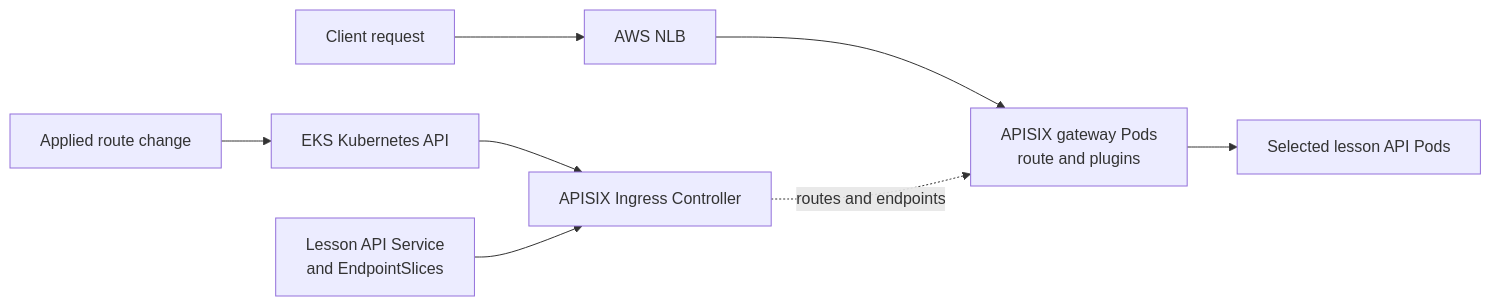
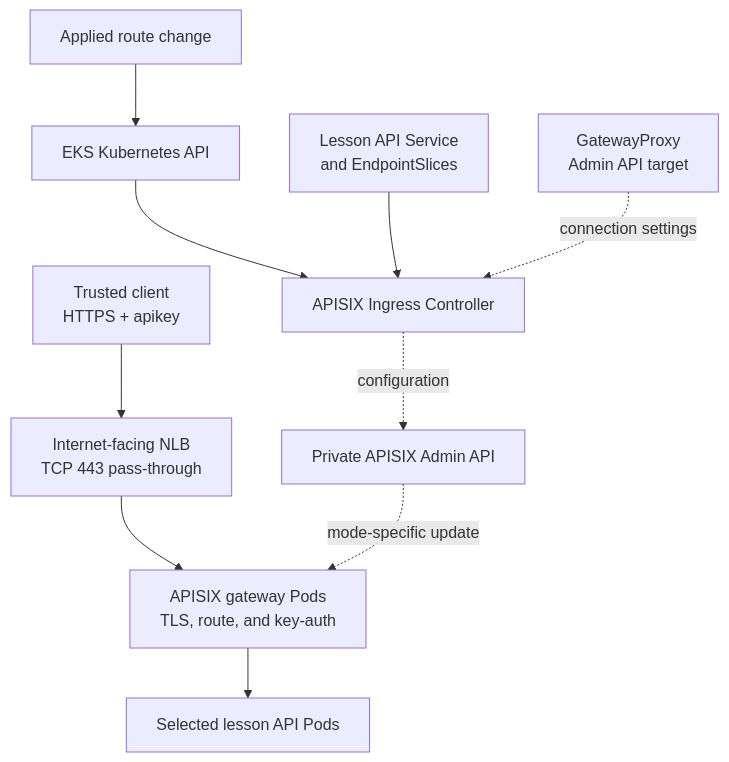
One commit to David-A18/MY-humble-knowledge-for-everyone changed the diagram in knowledge/cross-topic-guides/apisix-on-eks.md. Above: the diagram before and after it, drawn with Mermaid. The commit also changed other lines of this file and 5 other files, not shown here.

Commit message:
Clarify APISIX EKS request and control paths

````diff
--- a/knowledge/cross-topic-guides/apisix-on-eks.md
+++ b/knowledge/cross-topic-guides/apisix-on-eks.md
@@ -95,10 +125,12 @@
 ```mermaid
-flowchart LR
-  user["Client request"] --> nlb["AWS NLB"]
-  nlb --> gateway["APISIX gateway Pods<br/>route and plugins"]
+flowchart TB
+  user["Trusted client<br/>HTTPS + apikey"] --> nlb["Internet-facing NLB<br/>TCP 443 pass-through"]
+  nlb --> gateway["APISIX gateway Pods<br/>TLS, route, and key-auth"]
   gateway --> pods["Selected lesson API Pods"]
   change["Applied route change"] --> api["EKS Kubernetes API"]
   api --> controller["APISIX Ingress Controller"]
   backend["Lesson API Service<br/>and EndpointSlices"] --> controller
-  controller -. "routes and endpoints" .-> gateway
+  proxy["GatewayProxy<br/>Admin API target"] -. "connection settings" .-> controller
+  controller -. "configuration" .-> admin["Private APISIX Admin API"]
+  admin -. "mode-specific update" .-> gateway
 ```
````
